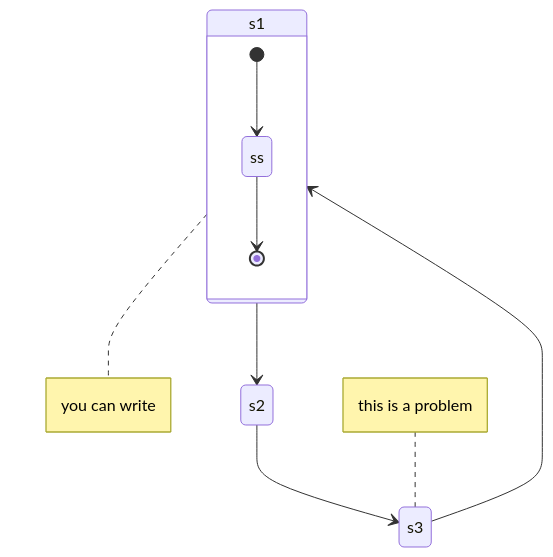
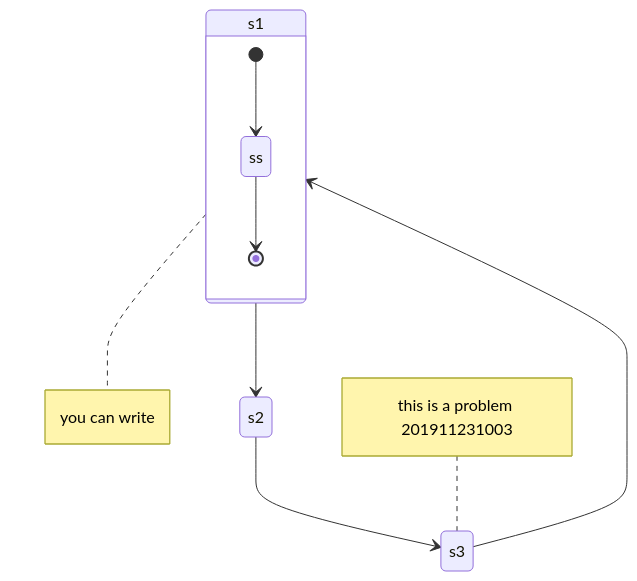
One commit to wulazhou/hello changed the fourth of 5 diagrams in mygame/md/graph.md. Above: the diagram before and after it, drawn with Mermaid.

````diff
--- a/mygame/md/graph.md
+++ b/mygame/md/graph.md
@@ -57,16 +57,16 @@
 ```mermaid
     stateDiagram
     s1 --> s2
     s2 --> s3
     s3 --> s1
     note right of s1
         you can write
     end note
     state s1{
         [*] --> ss
         ss --> [*]
     }
-    note left of s3 : this is a problem 
+    note left of s3 : this is a problem 201911231003
 
     
 ```
````
